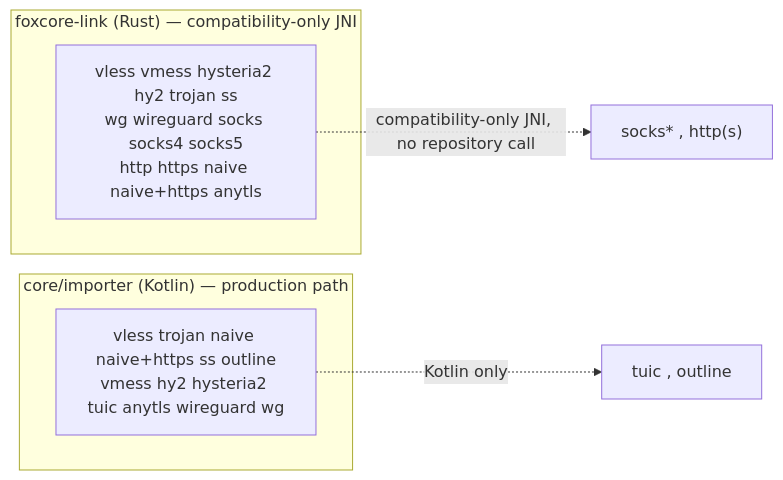
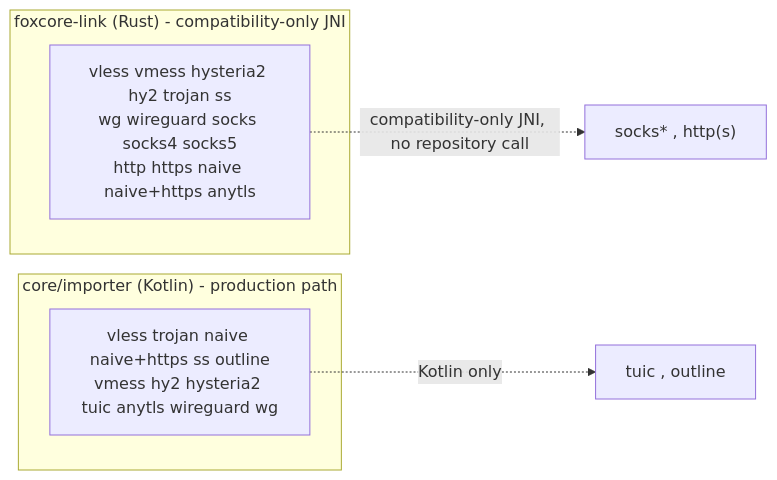
The eighth of 9 diagrams in docs/architecture/04-app-core-boundary.md (foxhole-team/foxhole-core), drawn with Mermaid before and after one commit. The commit also changed other lines of this file and 51 other files, not shown here.

````diff
--- a/docs/architecture/04-app-core-boundary.md
+++ b/docs/architecture/04-app-core-boundary.md
@@ -725,11 +725,11 @@
 ```mermaid
 flowchart LR
-    subgraph R["foxcore-link (Rust) — compatibility-only JNI"]
+    subgraph R["foxcore-link (Rust) - compatibility-only JNI"]
         R1["vless vmess hysteria2 hy2 trojan ss<br/>wg wireguard socks socks4 socks5<br/>http https naive naive+https anytls"]
     end
-    subgraph K["core/importer (Kotlin) — production path"]
+    subgraph K["core/importer (Kotlin) - production path"]
         K1["vless trojan naive naive+https ss outline<br/>vmess hy2 hysteria2 tuic anytls wireguard wg"]
     end
     R1 -.->|compatibility-only JNI, no repository call| D1["socks* , http(s)"]
     K1 -.->|Kotlin only| D2["tuic , outline"]
 ```
````
